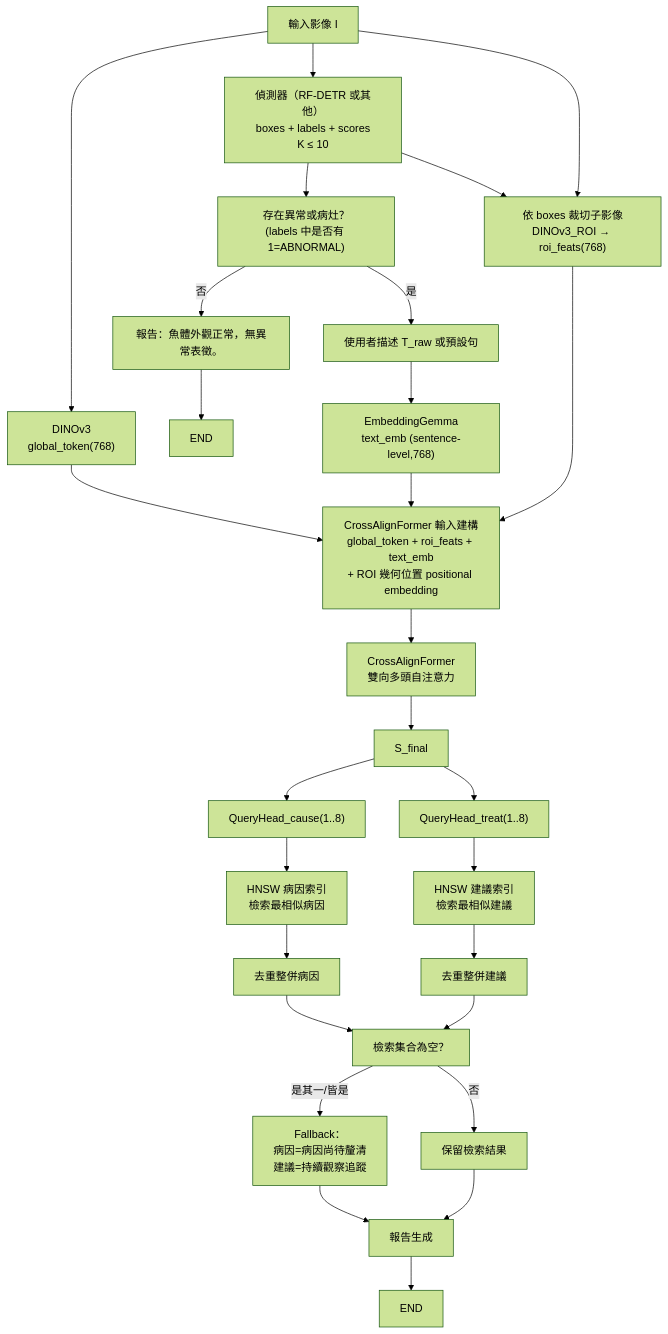
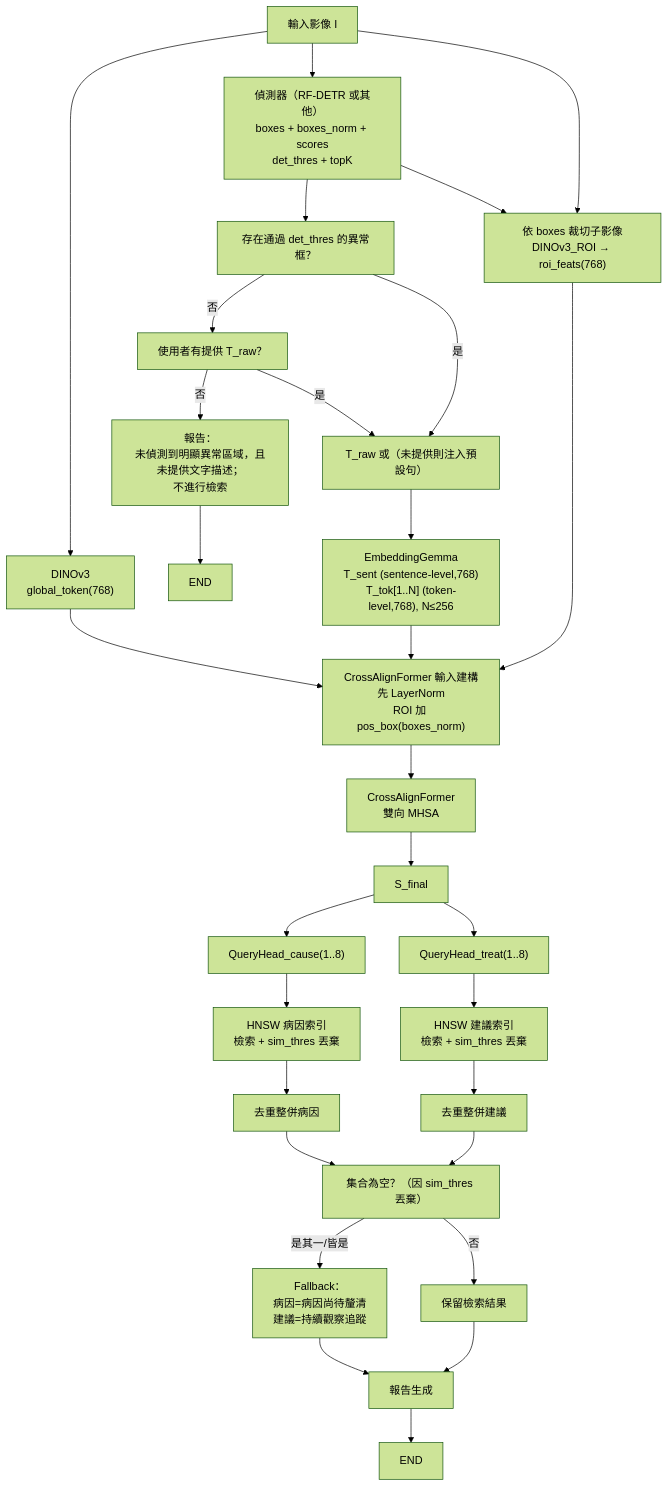
One commit to yesaouo/fish_disease_system changed the first of 2 diagrams in diagnosis_model/魚病多模態診斷系統：架構整理.md. Above: the diagram before and after it, drawn with Mermaid (forest theme). The commit also changed other lines of this file, not shown here.

Commit message:
docs: update architecture

````diff
--- a/diagnosis_model/魚病多模態診斷系統：架構整理.md
+++ b/diagnosis_model/魚病多模態診斷系統：架構整理.md
@@ -633,41 +575,43 @@
 ```mermaid
 flowchart TD
   I["輸入影像 I"] --> DINO["DINOv3<br/>global_token(768)"]
-  I --> DET["偵測器（RF-DETR 或其他）<br/>boxes + labels + scores<br/>K ≤ 10"]
+  I --> DET["偵測器（RF-DETR 或其他）<br/>boxes + boxes_norm + scores<br/>det_thres + topK"]
 
-  DET --> CHECK["存在異常或病灶？<br/>(labels 中是否有 1=ABNORMAL)"]
-  CHECK -->|否| REPORT_OK["報告：魚體外觀正常，無異常表徵。"] --> END1[END]
-  CHECK -->|是| T["使用者描述 T_raw 或預設句"]
+  DET --> CHECK["存在通過 det_thres 的異常框？"]
 
+  CHECK -->|否| TQ["使用者有提供 T_raw？"]
+  TQ -->|否| REPORT0["報告：<br/>未偵測到明顯異常區域，且未提供文字描述；<br/>不進行檢索"] --> END0[END]
+  TQ -->|是| T
+
+  CHECK -->|是| T["T_raw 或（未提供則注入預設句）"]
   I --> CROP["依 boxes 裁切子影像<br/>DINOv3_ROI → roi_feats(768)"]
   DET --> CROP
 
-  T --> TXT["EmbeddingGemma<br/>text_emb (sentence-level,768)"]
+  T --> TXT["EmbeddingGemma<br/>T_sent (sentence-level,768)<br/>T_tok[1..N] (token-level,768), N≤256"]
 
-  DINO --> CONCAT["CrossAlignFormer 輸入建構<br/>global_token + roi_feats + text_emb<br/>+ ROI 幾何位置 positional embedding"]
+  DINO --> CONCAT["CrossAlignFormer 輸入建構<br/>先 LayerNorm<br/>ROI 加 pos_box(boxes_norm)"]
   CROP --> CONCAT
   TXT --> CONCAT
 
-  CONCAT --> CAF["CrossAlignFormer<br/>雙向多頭自注意力"]
+  CONCAT --> CAF["CrossAlignFormer<br/>雙向 MHSA"]
   CAF --> SF["S_final"]
 
   SF --> QCAUSE["QueryHead_cause(1..8)"]
   SF --> QTREAT["QueryHead_treat(1..8)"]
 
-  QCAUSE --> HNSW_C["HNSW 病因索引<br/>檢索最相似病因"]
-  QTREAT --> HNSW_T["HNSW 建議索引<br/>檢索最相似建議"]
+  QCAUSE --> HNSW_C["HNSW 病因索引<br/>檢索 + sim_thres 丟棄"]
+  QTREAT --> HNSW_T["HNSW 建議索引<br/>檢索 + sim_thres 丟棄"]
 
   HNSW_C --> DEDUP_C["去重整併病因"]
   HNSW_T --> DEDUP_T["去重整併建議"]
 
-  DEDUP_C --> EMPTYCHK["檢索集合為空？"]
+  DEDUP_C --> EMPTYCHK["集合為空？（因 sim_thres 丟棄）"]
   DEDUP_T --> EMPTYCHK
 
   EMPTYCHK -->|是其一/皆是| FALLBACK["Fallback：<br/>病因=病因尚待釐清<br/>建議=持續觀察追蹤"]
   EMPTYCHK -->|否| PASS["保留檢索結果"]
 
-  FALLBACK --> REPORT["報告生成"]
-  PASS --> REPORT
-
-  REPORT --> END2[END]
+  FALLBACK --> REPORT2["報告生成"]
+  PASS --> REPORT2
+  REPORT2 --> END2[END]
 ```
````
